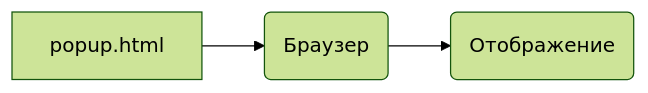
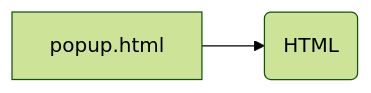
Before and after one commit to hypo69/hypo: the diagram in docs/gemini/ru/explainer/src/webdriver/firefox/extentions/test_extention - Copy/html/popup.md, drawn with Mermaid (forest theme). The commit also changed other lines of this file and 311 other files, not shown here.

````diff
--- a/docs/gemini/ru/explainer/src/webdriver/firefox/extentions/test_extention - Copy/html/popup.md
+++ b/docs/gemini/ru/explainer/src/webdriver/firefox/extentions/test_extention - Copy/html/popup.md
@@ -39,5 +33,4 @@
 ```mermaid
 graph LR
-    A[popup.html] --> B(Браузер);
-    B --> C(Отображение);
+    A[popup.html] --> B(HTML);
 ```
````
